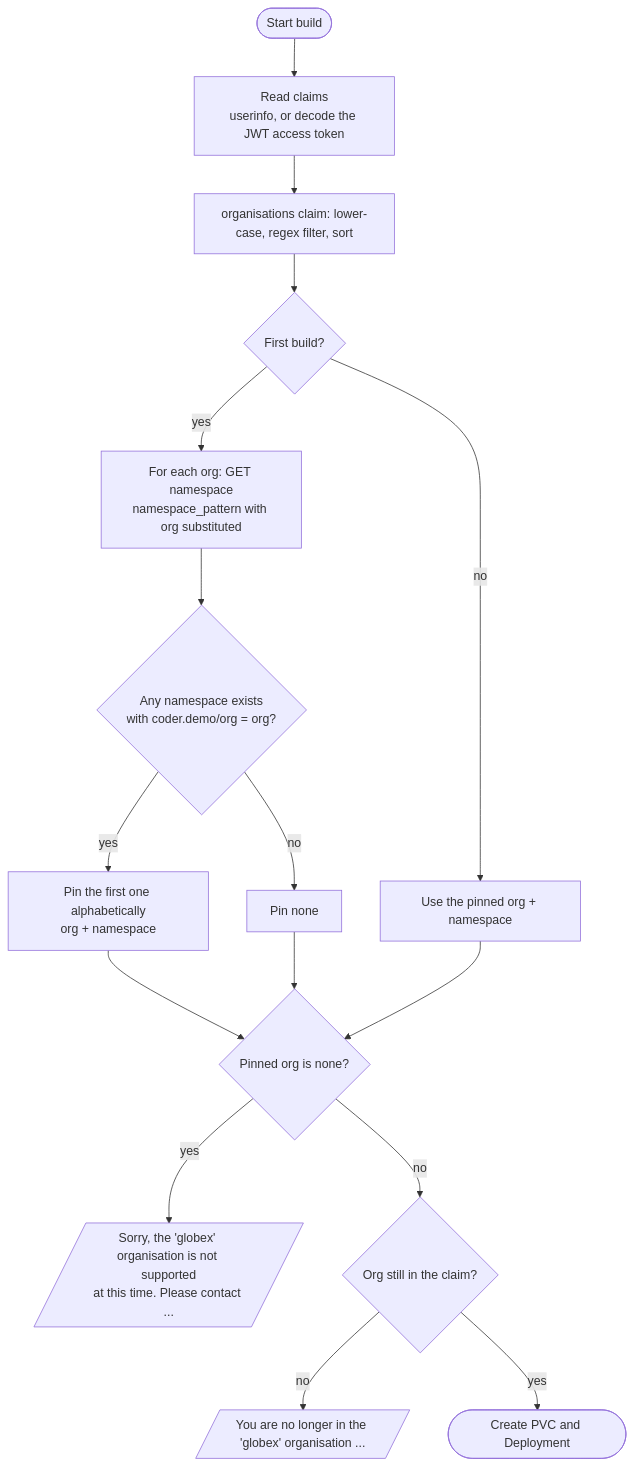
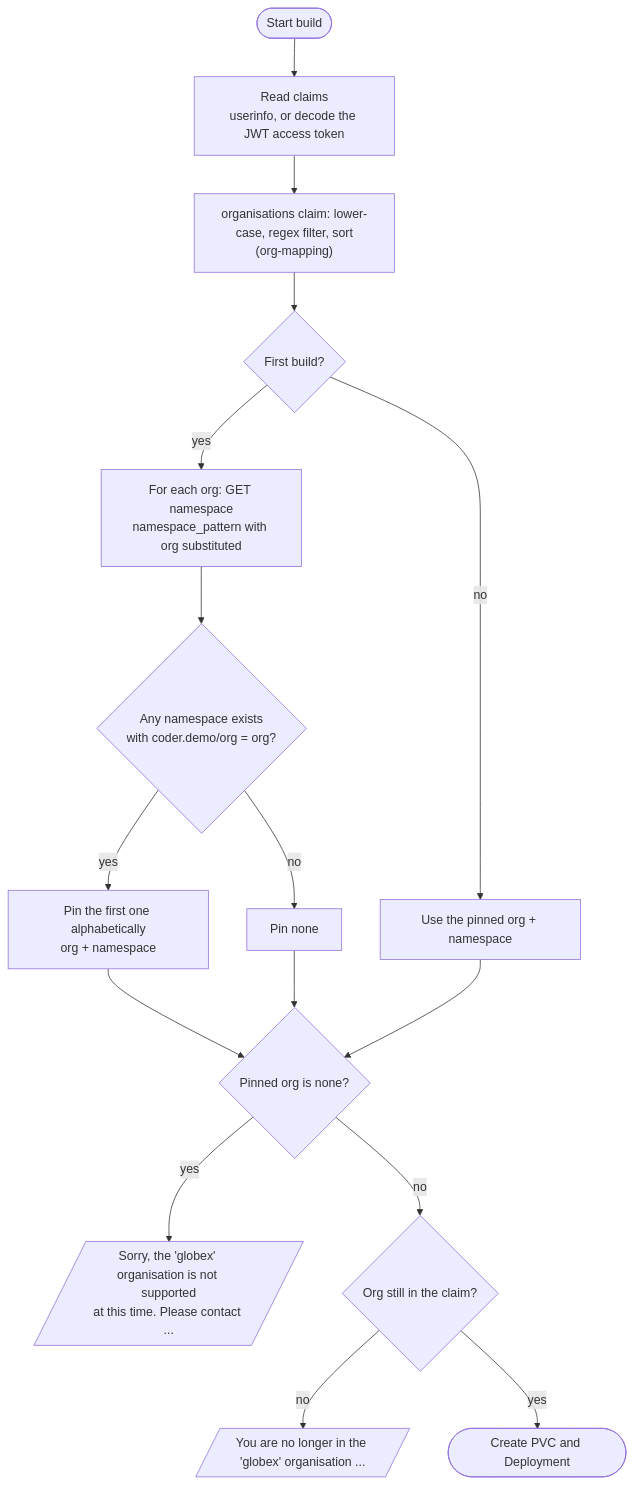
One commit to datahattrick/scratch changed the second of 2 diagrams in coder/docs/design.md. Above: the diagram before and after it, drawn with Mermaid. The commit also changed other lines of this file and 14 other files, not shown here.

````diff
--- a/coder/docs/design.md
+++ b/coder/docs/design.md
@@ -58,18 +58,18 @@
 ```mermaid
 flowchart TD
     S(["Start build"]) --> R["Read claims<br/>userinfo, or decode the JWT access token"]
-    R --> N["organisations claim: lower-case, regex filter, sort"]
+    R --> N["organisations claim: lower-case, regex filter, sort<br/>(org-mapping)"]
     N --> F{"First build?"}
     F -- yes --> L["For each org: GET namespace<br/>namespace_pattern with org substituted"]
     L --> E{"Any namespace exists<br/>with coder.demo/org = org?"}
     E -- yes --> P1["Pin the first one alphabetically<br/>org + namespace"]
     E -- no --> P0["Pin none"]
     F -- no --> P2["Use the pinned org + namespace"]
     P1 --> Z{"Pinned org is none?"}
     P0 --> Z
     P2 --> Z
     Z -- yes --> X1[/"Sorry, the 'globex' organisation is not supported<br/>at this time. Please contact ..."/]
     Z -- no --> M{"Org still in the claim?"}
     M -- no --> X2[/"You are no longer in the 'globex' organisation ..."/]
     M -- yes --> OK(["Create PVC and Deployment"])
 ```
````
